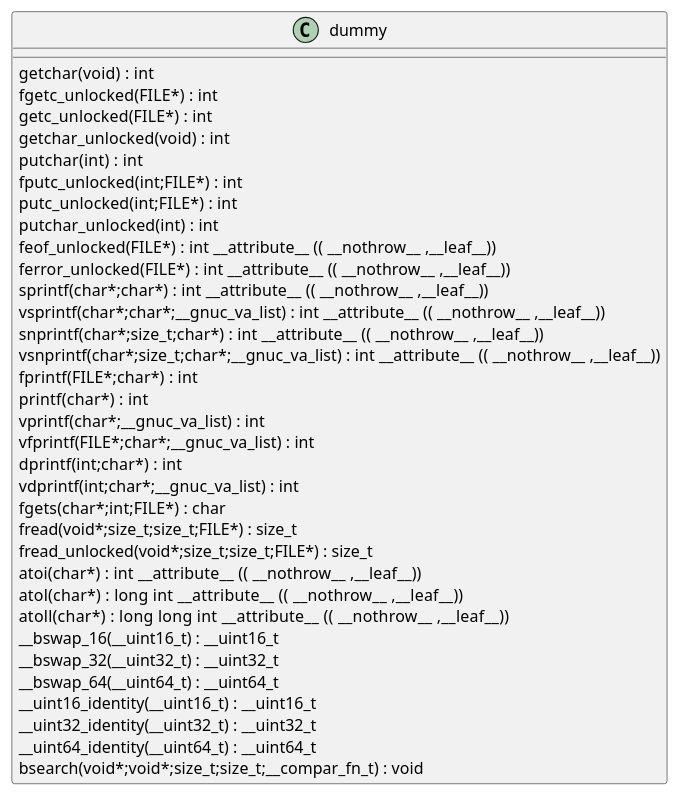
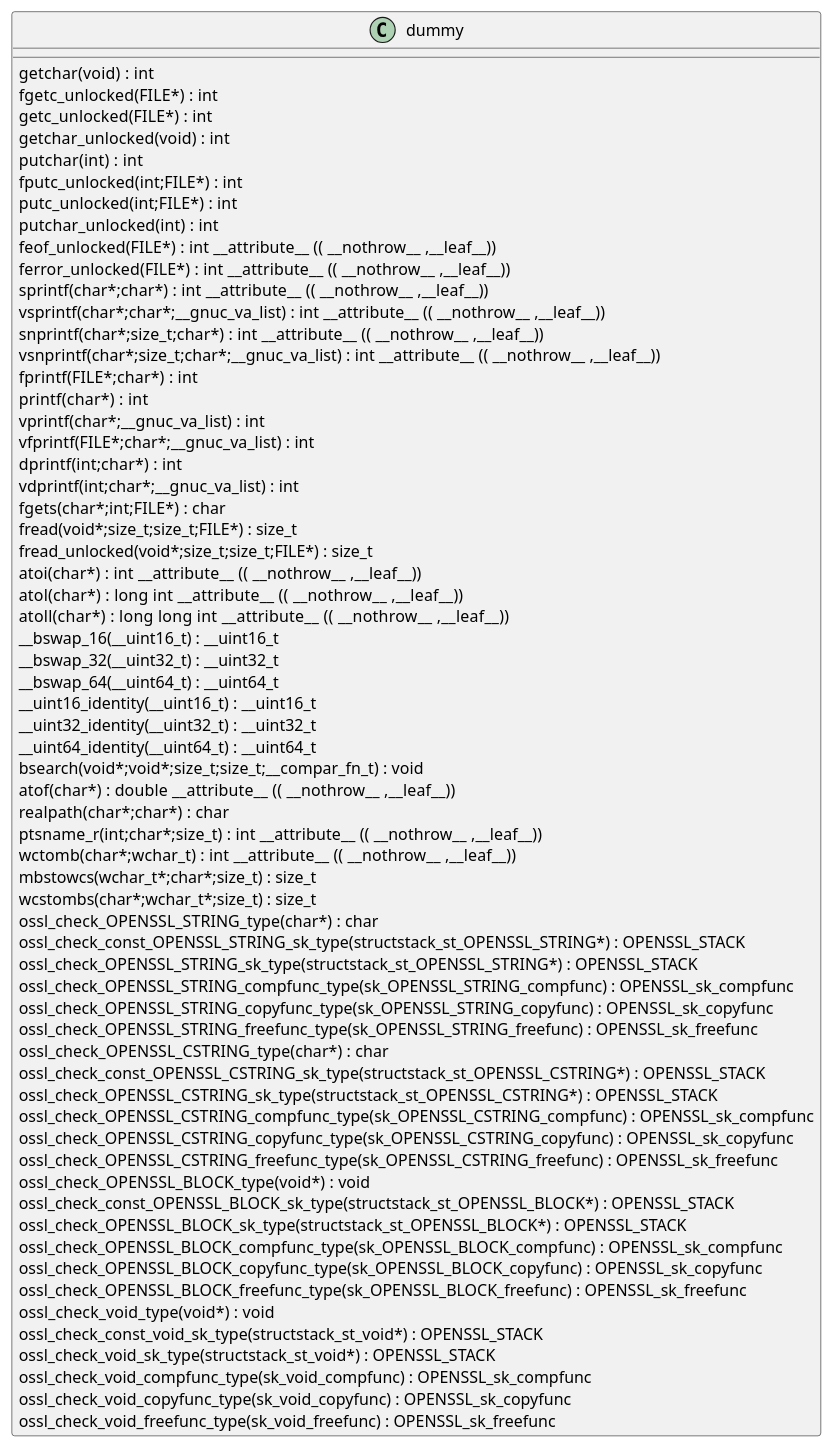
The diagram in docs/qc/crypto/err/err_mark.c.puml (qualitesys/openssl), drawn with PlantUML before and after one commit. The commit also changed 5114 other files, not shown here.

```diff
--- a/docs/qc/crypto/err/err_mark.c.puml
+++ b/docs/qc/crypto/err/err_mark.c.puml
@@ -1,38 +1,68 @@
 @startuml
 !pragma layout smetana
 class dummy {
 getchar(void) :  int  [[[./../../.././qc/crypto/err/err_mark.c.html#901]]]
 fgetc_unlocked(FILE*) :  int  [[[./../../.././qc/crypto/err/err_mark.c.html#910]]]
 getc_unlocked(FILE*) :  int  [[[./../../.././qc/crypto/err/err_mark.c.html#920]]]
 getchar_unlocked(void) :  int  [[[./../../.././qc/crypto/err/err_mark.c.html#927]]]
 putchar(int) :  int  [[[./../../.././qc/crypto/err/err_mark.c.html#936]]]
 fputc_unlocked(int;FILE*) :  int  [[[./../../.././qc/crypto/err/err_mark.c.html#945]]]
 putc_unlocked(int;FILE*) :  int  [[[./../../.././qc/crypto/err/err_mark.c.html#955]]]
 putchar_unlocked(int) :  int  [[[./../../.././qc/crypto/err/err_mark.c.html#962]]]
 feof_unlocked(FILE*) :  int  __attribute__ (( __nothrow__ ,__leaf__)) [[[./../../.././qc/crypto/err/err_mark.c.html#968]]]
 ferror_unlocked(FILE*) :  int  __attribute__ (( __nothrow__ ,__leaf__)) [[[./../../.././qc/crypto/err/err_mark.c.html#975]]]
 sprintf(char*;char*) :  int  __attribute__ (( __nothrow__ ,__leaf__)) [[[./../../.././qc/crypto/err/err_mark.c.html#994]]]
 vsprintf(char*;char*;__gnuc_va_list) :  int  __attribute__ (( __nothrow__ ,__leaf__)) [[[./../../.././qc/crypto/err/err_mark.c.html#1007]]]
 snprintf(char*;size_t;char*) :  int  __attribute__ (( __nothrow__ ,__leaf__)) [[[./../../.././qc/crypto/err/err_mark.c.html#1026]]]
 vsnprintf(char*;size_t;char*;__gnuc_va_list) :  int  __attribute__ (( __nothrow__ ,__leaf__)) [[[./../../.././qc/crypto/err/err_mark.c.html#1040]]]
 fprintf(FILE*;char*) :  int  [[[./../../.././qc/crypto/err/err_mark.c.html#1061]]]
 printf(char*) :  int  [[[./../../.././qc/crypto/err/err_mark.c.html#1068]]]
 vprintf(char*;__gnuc_va_list) :  int  [[[./../../.././qc/crypto/err/err_mark.c.html#1080]]]
 vfprintf(FILE*;char*;__gnuc_va_list) :  int  [[[./../../.././qc/crypto/err/err_mark.c.html#1090]]]
 dprintf(int;char*) :  int  [[[./../../.././qc/crypto/err/err_mark.c.html#1105]]]
 vdprintf(int;char*;__gnuc_va_list) :  int  [[[./../../.././qc/crypto/err/err_mark.c.html#1116]]]
 fgets(char*;int;FILE*) :  char  [[[./../../.././qc/crypto/err/err_mark.c.html#1135]]]
 fread(void*;size_t;size_t;FILE*) : size_t [[[./../../.././qc/crypto/err/err_mark.c.html#1161]]]
 fread_unlocked(void*;size_t;size_t;FILE*) : size_t [[[./../../.././qc/crypto/err/err_mark.c.html#1188]]]
 atoi(char*) :  int  __attribute__ (( __nothrow__ ,__leaf__)) [[[./../../.././qc/crypto/err/err_mark.c.html#1348]]]
 atol(char*) :  long  int  __attribute__ (( __nothrow__ ,__leaf__)) [[[./../../.././qc/crypto/err/err_mark.c.html#1353]]]
 atoll(char*) :  long  long  int  __attribute__ (( __nothrow__ ,__leaf__)) [[[./../../.././qc/crypto/err/err_mark.c.html#1360]]]
 __bswap_16(__uint16_t) : __uint16_t [[[./../../.././qc/crypto/err/err_mark.c.html#1507]]]
 __bswap_32(__uint32_t) : __uint32_t [[[./../../.././qc/crypto/err/err_mark.c.html#1522]]]
 __bswap_64(__uint64_t) : __uint64_t [[[./../../.././qc/crypto/err/err_mark.c.html#1532]]]
 __uint16_identity(__uint16_t) : __uint16_t [[[./../../.././qc/crypto/err/err_mark.c.html#1544]]]
 __uint32_identity(__uint32_t) : __uint32_t [[[./../../.././qc/crypto/err/err_mark.c.html#1550]]]
 __uint64_identity(__uint64_t) : __uint64_t [[[./../../.././qc/crypto/err/err_mark.c.html#1556]]]
 bsearch(void*;void*;size_t;size_t;__compar_fn_t) :  void  [[[./../../.././qc/crypto/err/err_mark.c.html#2224]]]
+atof(char*) :  double  __attribute__ (( __nothrow__ ,__leaf__)) [[[./../../.././qc/crypto/err/err_mark.c.html#1]]]
+realpath(char*;char*) :  char  [[[./../../.././qc/crypto/err/err_mark.c.html#1]]]
+ptsname_r(int;char*;size_t) :  int  __attribute__ (( __nothrow__ ,__leaf__)) [[[./../../.././qc/crypto/err/err_mark.c.html#1]]]
+wctomb(char*;wchar_t) :  int  __attribute__ (( __nothrow__ ,__leaf__)) [[[./../../.././qc/crypto/err/err_mark.c.html#1]]]
+mbstowcs(wchar_t*;char*;size_t) : size_t [[[./../../.././qc/crypto/err/err_mark.c.html#1]]]
+wcstombs(char*;wchar_t*;size_t) : size_t [[[./../../.././qc/crypto/err/err_mark.c.html#1]]]
+ossl_check_OPENSSL_STRING_type(char*) :  char  [[[./../../.././qc/crypto/err/err_mark.c.html#1]]]
+ossl_check_const_OPENSSL_STRING_sk_type(structstack_st_OPENSSL_STRING*) : OPENSSL_STACK [[[./../../.././qc/crypto/err/err_mark.c.html#1]]]
+ossl_check_OPENSSL_STRING_sk_type(structstack_st_OPENSSL_STRING*) : OPENSSL_STACK [[[./../../.././qc/crypto/err/err_mark.c.html#1]]]
+ossl_check_OPENSSL_STRING_compfunc_type(sk_OPENSSL_STRING_compfunc) : OPENSSL_sk_compfunc [[[./../../.././qc/crypto/err/err_mark.c.html#1]]]
+ossl_check_OPENSSL_STRING_copyfunc_type(sk_OPENSSL_STRING_copyfunc) : OPENSSL_sk_copyfunc [[[./../../.././qc/crypto/err/err_mark.c.html#1]]]
+ossl_check_OPENSSL_STRING_freefunc_type(sk_OPENSSL_STRING_freefunc) : OPENSSL_sk_freefunc [[[./../../.././qc/crypto/err/err_mark.c.html#1]]]
+ossl_check_OPENSSL_CSTRING_type(char*) :  char  [[[./../../.././qc/crypto/err/err_mark.c.html#1]]]
+ossl_check_const_OPENSSL_CSTRING_sk_type(structstack_st_OPENSSL_CSTRING*) : OPENSSL_STACK [[[./../../.././qc/crypto/err/err_mark.c.html#1]]]
+ossl_check_OPENSSL_CSTRING_sk_type(structstack_st_OPENSSL_CSTRING*) : OPENSSL_STACK [[[./../../.././qc/crypto/err/err_mark.c.html#1]]]
+ossl_check_OPENSSL_CSTRING_compfunc_type(sk_OPENSSL_CSTRING_compfunc) : OPENSSL_sk_compfunc [[[./../../.././qc/crypto/err/err_mark.c.html#1]]]
+ossl_check_OPENSSL_CSTRING_copyfunc_type(sk_OPENSSL_CSTRING_copyfunc) : OPENSSL_sk_copyfunc [[[./../../.././qc/crypto/err/err_mark.c.html#1]]]
+ossl_check_OPENSSL_CSTRING_freefunc_type(sk_OPENSSL_CSTRING_freefunc) : OPENSSL_sk_freefunc [[[./../../.././qc/crypto/err/err_mark.c.html#1]]]
+ossl_check_OPENSSL_BLOCK_type(void*) :  void  [[[./../../.././qc/crypto/err/err_mark.c.html#1]]]
+ossl_check_const_OPENSSL_BLOCK_sk_type(structstack_st_OPENSSL_BLOCK*) : OPENSSL_STACK [[[./../../.././qc/crypto/err/err_mark.c.html#1]]]
+ossl_check_OPENSSL_BLOCK_sk_type(structstack_st_OPENSSL_BLOCK*) : OPENSSL_STACK [[[./../../.././qc/crypto/err/err_mark.c.html#1]]]
+ossl_check_OPENSSL_BLOCK_compfunc_type(sk_OPENSSL_BLOCK_compfunc) : OPENSSL_sk_compfunc [[[./../../.././qc/crypto/err/err_mark.c.html#1]]]
+ossl_check_OPENSSL_BLOCK_copyfunc_type(sk_OPENSSL_BLOCK_copyfunc) : OPENSSL_sk_copyfunc [[[./../../.././qc/crypto/err/err_mark.c.html#1]]]
+ossl_check_OPENSSL_BLOCK_freefunc_type(sk_OPENSSL_BLOCK_freefunc) : OPENSSL_sk_freefunc [[[./../../.././qc/crypto/err/err_mark.c.html#1]]]
+ossl_check_void_type(void*) :  void  [[[./../../.././qc/crypto/err/err_mark.c.html#1]]]
+ossl_check_const_void_sk_type(structstack_st_void*) : OPENSSL_STACK [[[./../../.././qc/crypto/err/err_mark.c.html#1]]]
+ossl_check_void_sk_type(structstack_st_void*) : OPENSSL_STACK [[[./../../.././qc/crypto/err/err_mark.c.html#1]]]
+ossl_check_void_compfunc_type(sk_void_compfunc) : OPENSSL_sk_compfunc [[[./../../.././qc/crypto/err/err_mark.c.html#1]]]
+ossl_check_void_copyfunc_type(sk_void_copyfunc) : OPENSSL_sk_copyfunc [[[./../../.././qc/crypto/err/err_mark.c.html#1]]]
+ossl_check_void_freefunc_type(sk_void_freefunc) : OPENSSL_sk_freefunc [[[./../../.././qc/crypto/err/err_mark.c.html#1]]]
 } 
 @enduml
```
